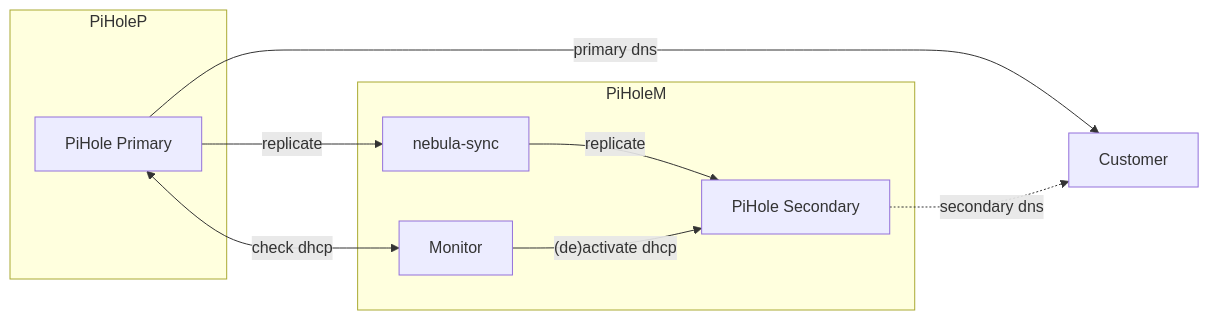
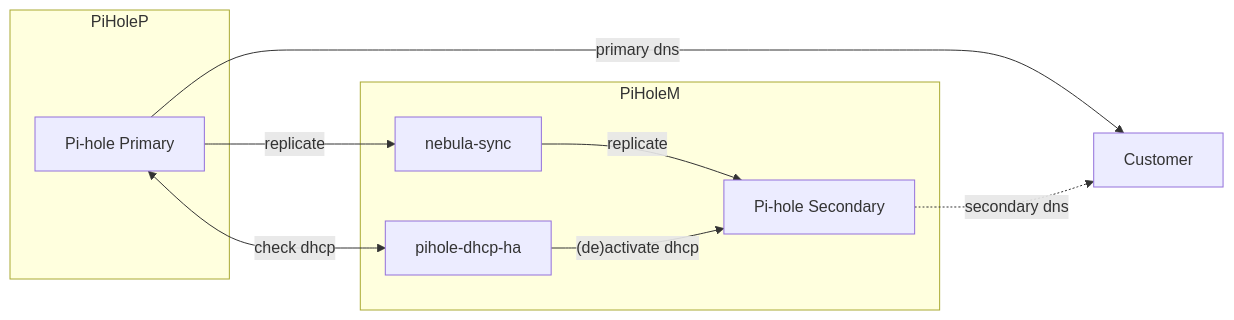
One commit to jerome-labidurie/pihole-dhcp-ha changed the second of 2 diagrams in README.md. Above: the diagram before and after it, drawn with Mermaid. The commit also changed other lines of this file, not shown here.

````diff
--- a/README.md
+++ b/README.md
@@ -32,18 +32,18 @@
 ```mermaid
 flowchart LR
   subgraph PiHoleP
-    pp[PiHole Primary]
+    pp[Pi-hole Primary]
   end
   subgraph PiHoleM
-    ps[PiHole Secondary]
+    ps[Pi-hole Secondary]
     ns[nebula-sync]
-    m[Monitor]
+    m[pihole-dhcp-ha]
   end
   c[Customer]
   pp -- replicate --> ns
   ns -- replicate --> ps
   pp <-- check dhcp --> m
   m -- (de)activate dhcp --> ps
   pp --primary dns-->c
   ps -. secondary dns .->c
 ```
````
